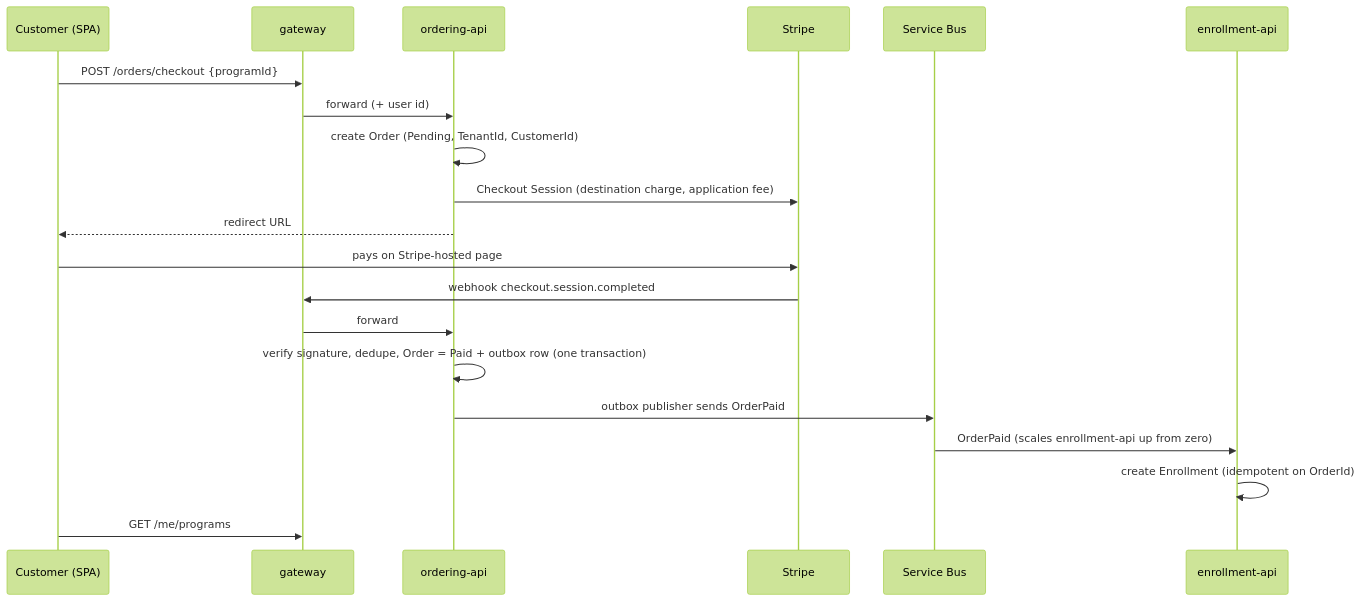
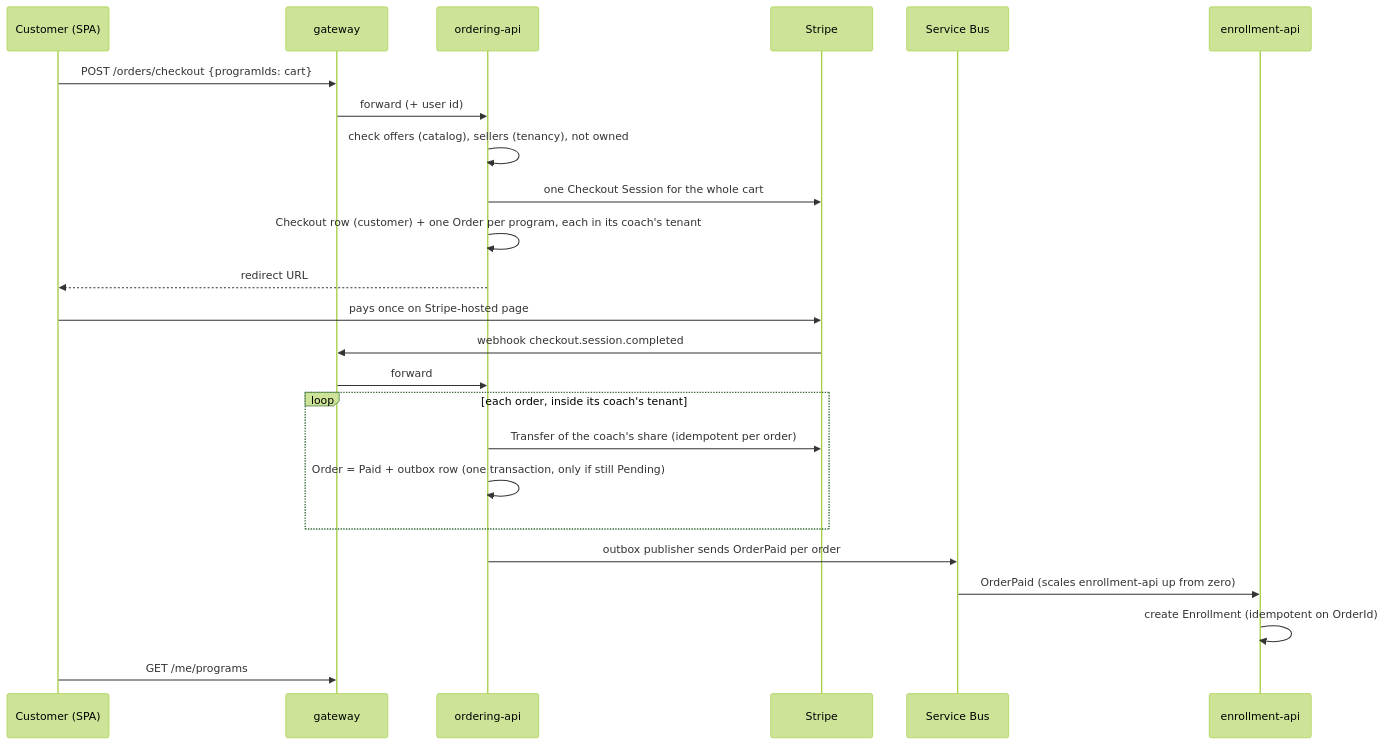
Before and after one commit to akazopidis/athlos: the diagram in docs/diagrams/03-checkout-flow.mmd, drawn with Mermaid (forest theme). The commit also changed 51 other files, not shown here.

```diff
--- a/docs/diagrams/03-checkout-flow.mmd
+++ b/docs/diagrams/03-checkout-flow.mmd
@@ -1,20 +1,24 @@
 sequenceDiagram
   participant C as Customer (SPA)
   participant G as gateway
   participant O as ordering-api
   participant S as Stripe
   participant Q as Service Bus
   participant E as enrollment-api
-  C->>G: POST /orders/checkout {programId}
+  C->>G: POST /orders/checkout {programIds: cart}
   G->>O: forward (+ user id)
-  O->>O: create Order (Pending, TenantId, CustomerId)
-  O->>S: Checkout Session (destination charge, application fee)
+  O->>O: check offers (catalog), sellers (tenancy), not owned
+  O->>S: one Checkout Session for the whole cart
+  O->>O: Checkout row (customer) + one Order per program, each in its coach's tenant
   O-->>C: redirect URL
-  C->>S: pays on Stripe-hosted page
+  C->>S: pays once on Stripe-hosted page
   S->>G: webhook checkout.session.completed
   G->>O: forward
-  O->>O: verify signature, dedupe, Order = Paid + outbox row (one transaction)
-  O->>Q: outbox publisher sends OrderPaid
+  loop each order, inside its coach's tenant
+    O->>S: Transfer of the coach's share (idempotent per order)
+    O->>O: Order = Paid + outbox row (one transaction, only if still Pending)
+  end
+  O->>Q: outbox publisher sends OrderPaid per order
   Q->>E: OrderPaid (scales enrollment-api up from zero)
   E->>E: create Enrollment (idempotent on OrderId)
   C->>G: GET /me/programs
```
